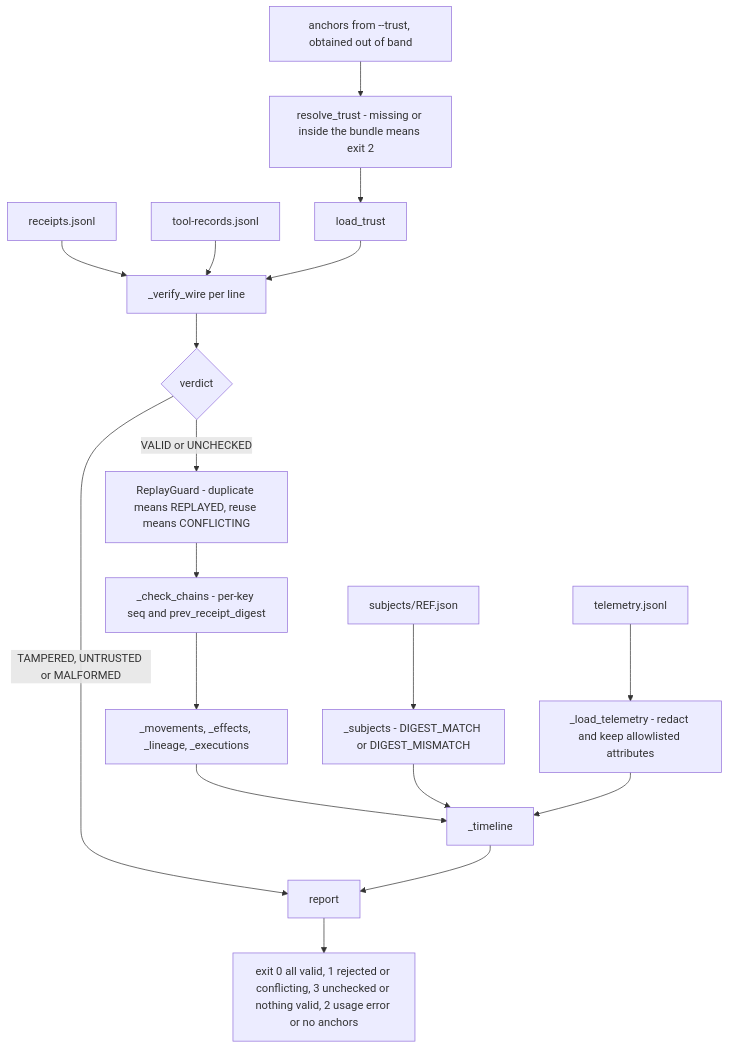
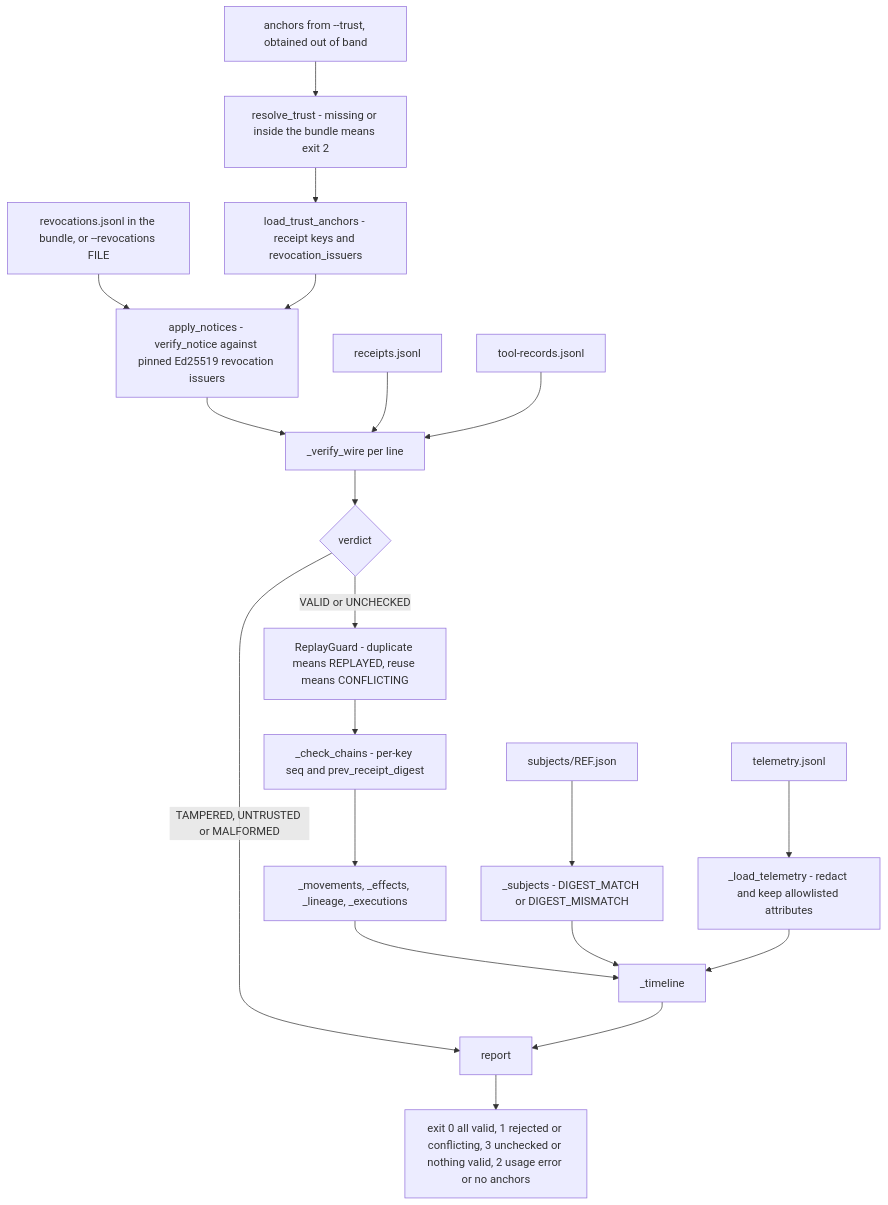
The eighth of 9 diagrams in docs/architecture.md (MSKazemi/agent-movement), drawn with Mermaid before and after one commit. The commit also changed other lines of this file, not shown here.

First line of the commit message:
docs: architecture for counted grants, per-sender keys, live receipts, reconciliation, optional bench modes

````diff
--- a/docs/architecture.md
+++ b/docs/architecture.md
@@ -297,20 +354,22 @@
 ```mermaid
 flowchart TD
     T["anchors from --trust, obtained out of band"] --> RT["resolve_trust - missing or inside the bundle means exit 2"]
-    RT --> LT[load_trust]
+    RT --> LT["load_trust_anchors - receipt keys and revocation_issuers"]
+    RN["revocations.jsonl in the bundle, or --revocations FILE"] --> AN["apply_notices - verify_notice against pinned Ed25519 revocation issuers"]
+    LT --> AN
+    AN --> VW
     R1[receipts.jsonl] --> VW["_verify_wire per line"]
     R2[tool-records.jsonl] --> VW
-    LT --> VW
     VW --> V{"verdict"}
     V -->|"VALID or UNCHECKED"| RG["ReplayGuard - duplicate means REPLAYED, reuse means CONFLICTING"]
     V -->|"TAMPERED, UNTRUSTED or MALFORMED"| REP[report]
     RG --> CH["_check_chains - per-key seq and prev_receipt_digest"]
     CH --> MV["_movements, _effects, _lineage, _executions"]
     SUB["subjects/REF.json"] --> SJ["_subjects - DIGEST_MATCH or DIGEST_MISMATCH"]
     TEL[telemetry.jsonl] --> LTEL["_load_telemetry - redact and keep allowlisted attributes"]
     MV --> TL[_timeline]
     SJ --> TL
     LTEL --> TL
     TL --> REP
     REP --> EX["exit 0 all valid, 1 rejected or conflicting, 3 unchecked or nothing valid, 2 usage error or no anchors"]
 ```
````
